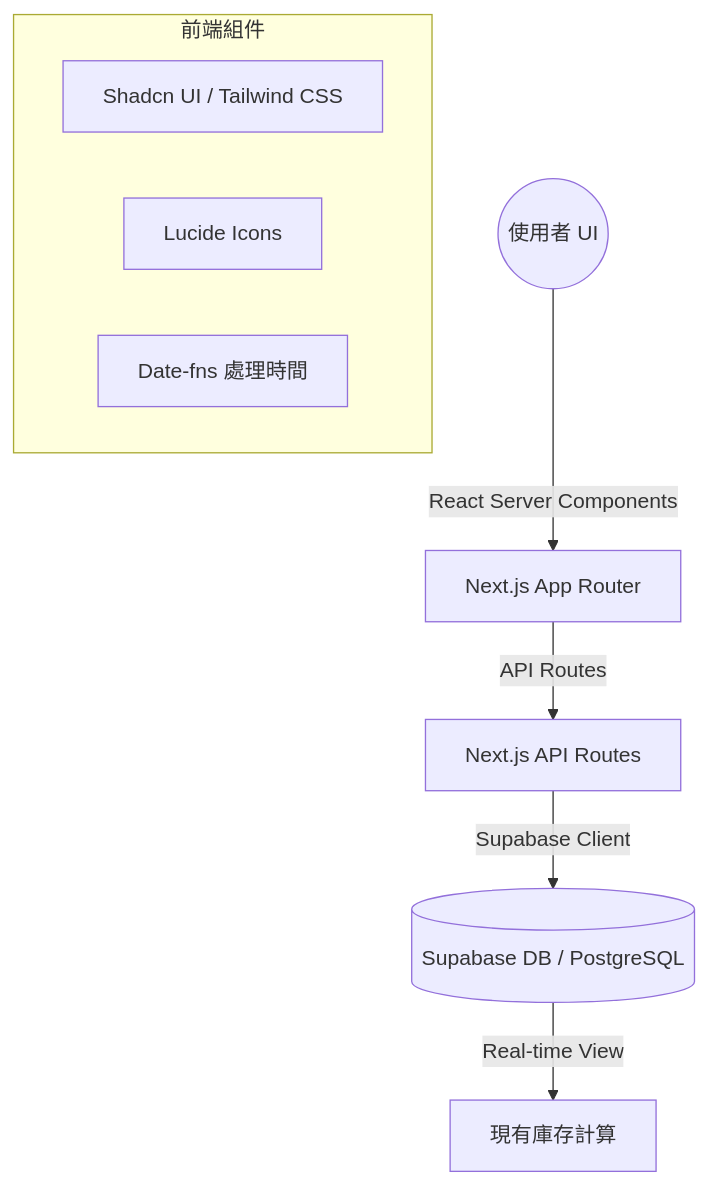
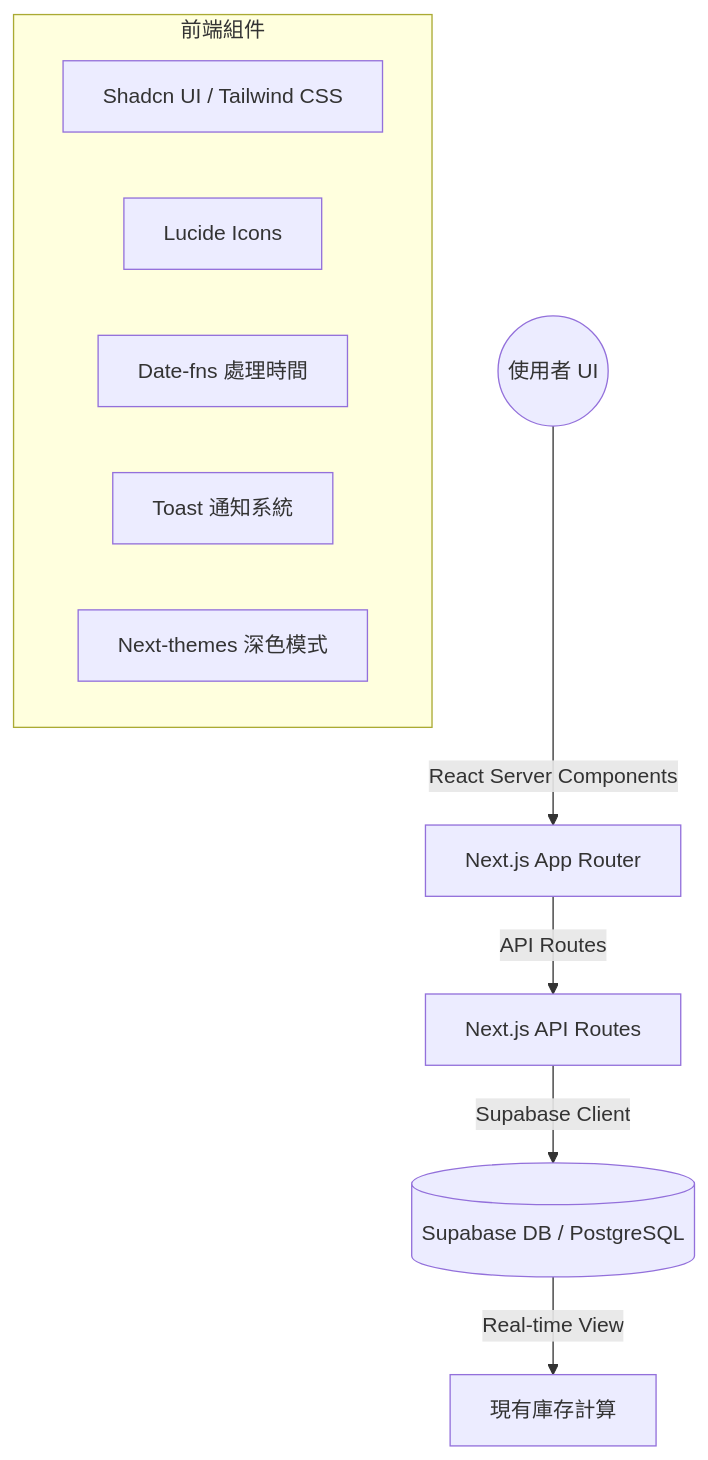
The diagram in README.md (Jiong1203/shuttlecockTracker), drawn with Mermaid before and after one commit. The commit also changed other lines of this file and 2 other files, not shown here.

Commit message:
1.更新README 2.SQL腳本調整 - 修改現有的視圖，將其安全性設定為 invoker

````diff
--- a/README.md
+++ b/README.md
@@ -19,13 +38,15 @@
 ```mermaid
 graph TD
     User((使用者 UI)) -- React Server Components --> Page[Next.js App Router]
     Page -- API Routes --> Backend[Next.js API Routes]
     Backend -- Supabase Client --> Supabase[(Supabase DB / PostgreSQL)]
     Supabase -- Real-time View --> Inventory[現有庫存計算]
 
     subgraph Frontend [前端組件]
         UI1[Shadcn UI / Tailwind CSS]
         UI2[Lucide Icons]
         UI3[Date-fns 處理時間]
+        UI4[Toast 通知系統]
+        UI5[Next-themes 深色模式]
     end
 ```
````
